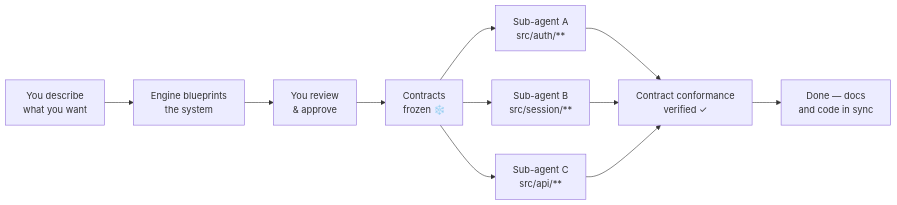
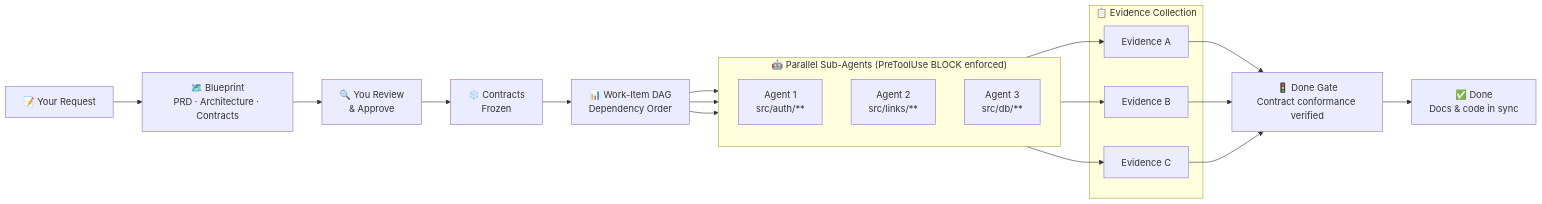
One commit to mir-makeitreal/makeitreal changed the first of 4 diagrams in README.md. Above: the diagram before and after it, drawn with Mermaid. The commit also changed other lines of this file and 3 other files, not shown here.

````diff
--- a/README.md
+++ b/README.md
@@ -86,13 +106,34 @@
 ```mermaid
 flowchart LR
-    A["You describe\nwhat you want"] --> B["Engine blueprints\nthe system"]
-    B --> C["You review\n& approve"]
-    C --> D["Contracts\nfrozen ❄️"]
-    D --> E1["Sub-agent A\nsrc/auth/**"]
-    D --> E2["Sub-agent B\nsrc/session/**"]
-    D --> E3["Sub-agent C\nsrc/api/**"]
-    E1 --> F["Contract conformance\nverified ✓"]
-    E2 --> F
-    E3 --> F
-    F --> G["Done — docs\nand code in sync"]
+    A["📝 Your Request"] --> B["🗺️ Blueprint\nPRD · Architecture · Contracts"]
+    B --> C["🔍 You Review\n& Approve"]
+    C --> D["❄️ Contracts\nFrozen"]
+    D --> DAG["📊 Work-Item DAG\nDependency Order"]
+
+    subgraph agents["🤖 Parallel Sub-Agents  (PreToolUse BLOCK enforced)"]
+        direction TB
+        AG1["Agent 1\nsrc/auth/**"]
+        AG2["Agent 2\nsrc/links/**"]
+        AG3["Agent 3\nsrc/db/**"]
+    end
+
+    DAG --> AG1
+    DAG --> AG2
+    DAG --> AG3
+
+    subgraph evidence["📋 Evidence Collection"]
+        EV1["Evidence A"]
+        EV2["Evidence B"]
+        EV3["Evidence C"]
+    end
+
+    AG1 --> EV1
+    AG2 --> EV2
+    AG3 --> EV3
+
+    EV1 --> GATE["🚦 Done Gate\nContract conformance verified"]
+    EV2 --> GATE
+    EV3 --> GATE
+
+    GATE --> DONE["✅ Done\nDocs & code in sync"]
 ```
````
